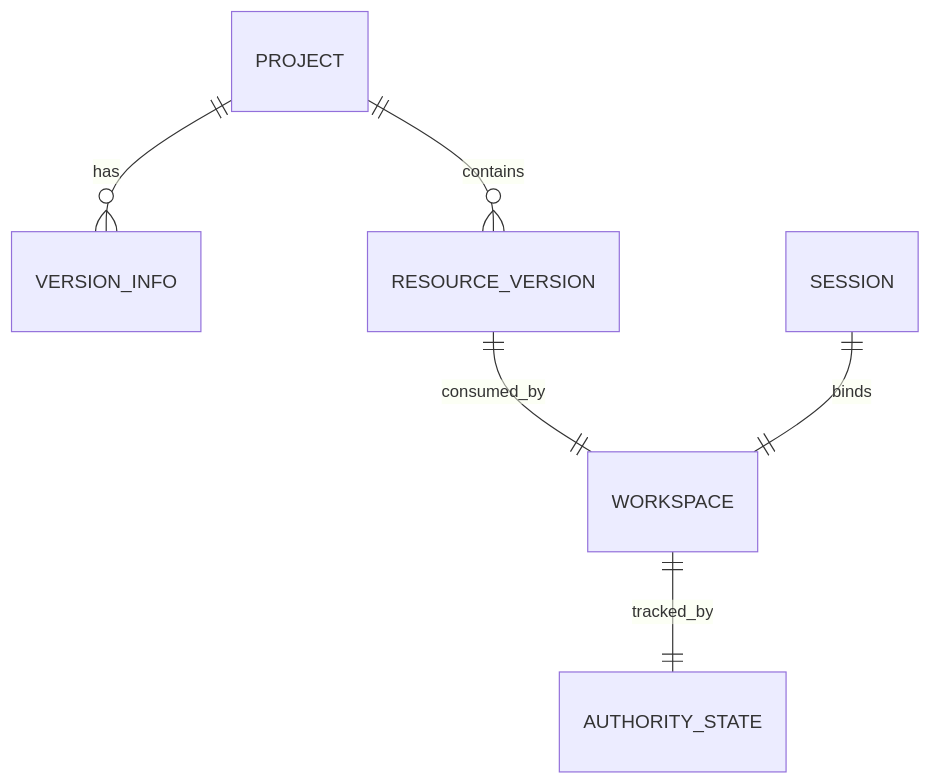
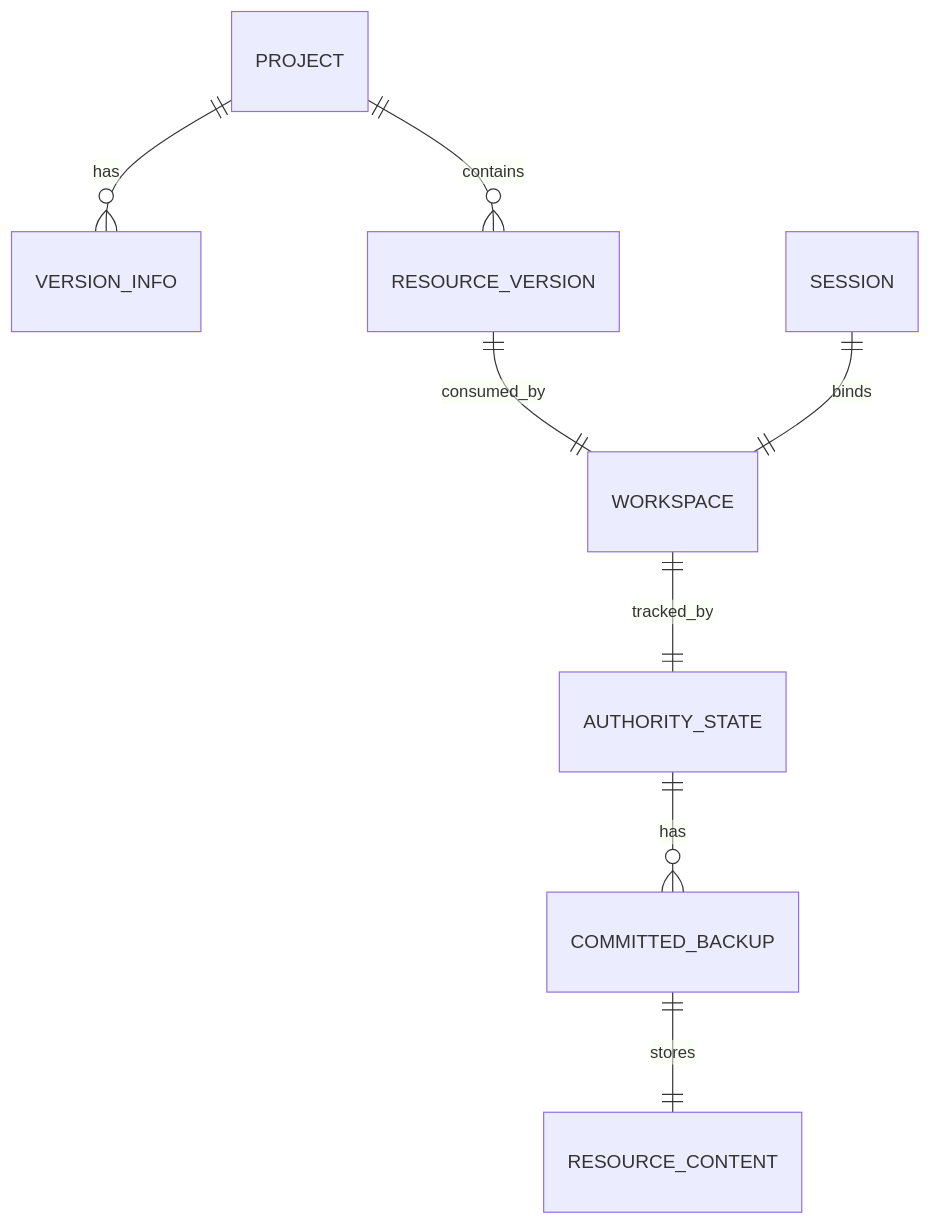
One commit to qihaogithub/workbench changed the eighth of 10 diagrams in .qoder/repowiki/zh/content/架构设计/数据架构/数据架构.md. Above: the diagram before and after it, drawn with Mermaid. The commit also changed other lines of this file and 448 other files, not shown here.

````diff
--- a/.qoder/repowiki/zh/content/架构设计/数据架构/数据架构.md
+++ b/.qoder/repowiki/zh/content/架构设计/数据架构/数据架构.md
@@ -292,8 +424,10 @@
 ```mermaid
 erDiagram
 PROJECT ||--o{ VERSION_INFO : "has"
 PROJECT ||--o{ RESOURCE_VERSION : "contains"
 RESOURCE_VERSION ||--|| WORKSPACE : "consumed_by"
 SESSION ||--|| WORKSPACE : "binds"
 WORKSPACE ||--|| AUTHORITY_STATE : "tracked_by"
+AUTHORITY_STATE ||--o{ COMMITTED_BACKUP : "has"
+COMMITTED_BACKUP ||--|| RESOURCE_CONTENT : "stores"
 ```
````
